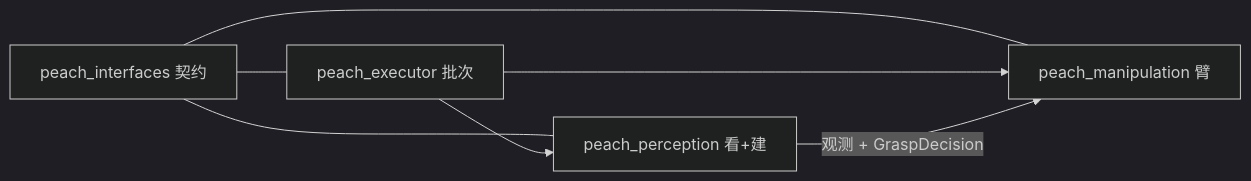
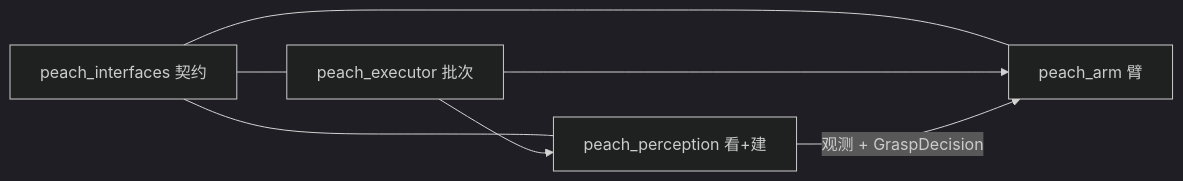
One commit to MUHAN11-c/aubo_boot changed the seventh of 15 diagrams in docs/architecture.md. Above: the diagram before and after it, drawn with Mermaid (dark theme). The commit also changed other lines of this file and 129 other files, not shown here.

First line of the commit message:
refactor(arm): 阶段2a 机械重命名 peach_manipulation → peach_arm（清洁重写轮）

````diff
--- a/docs/architecture.md
+++ b/docs/architecture.md
@@ -417,13 +417,13 @@
 ```mermaid
 flowchart LR
   iface["peach_interfaces 契约"]
   perc["peach_perception 看+建"]
-  skills["peach_manipulation 臂"]
+  skills["peach_arm 臂"]
   exe["peach_executor 批次"]
   iface --- perc
   iface --- skills
   iface --- exe
   exe --> perc
   exe --> skills
   perc -->|"观测 + GraspDecision"| skills
 ```
````
